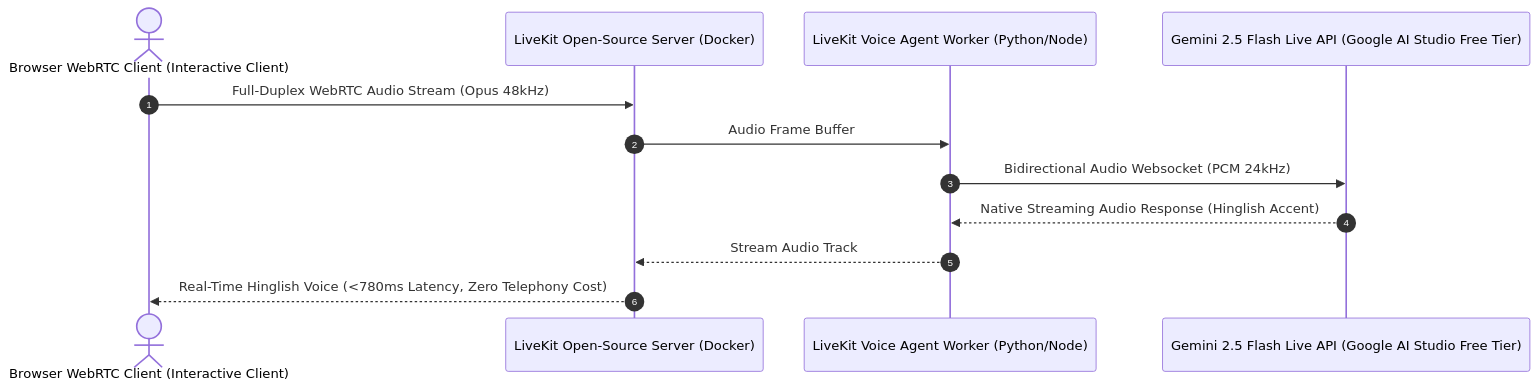
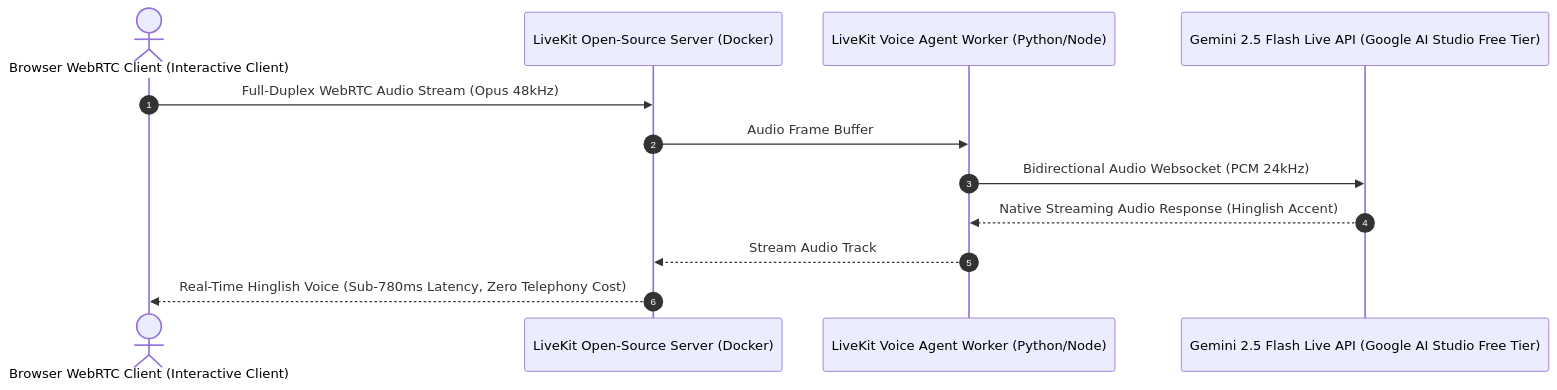
The diagram in docs/AI_Strategy.md (Adityaraj1969/Razorpay-Revenue-Recovery), drawn with Mermaid before and after one commit. The commit also changed 10 other files, not shown here.

Commit message:
fix(docs): restore pure Mermaid architecture diagram and activate all Mermaid charts across docs

````diff
--- a/docs/AI_Strategy.md
+++ b/docs/AI_Strategy.md
@@ -162,15 +162,15 @@
 ```mermaid
 sequenceDiagram
     autonumber
     actor Client as Browser WebRTC Client (Interactive Client)
     participant LK as LiveKit Open-Source Server (Docker)
     participant Agent as LiveKit Voice Agent Worker (Python/Node)
     participant Gemini as Gemini 2.5 Flash Live API (Google AI Studio Free Tier)
 
     Client->>LK: Full-Duplex WebRTC Audio Stream (Opus 48kHz)
     LK->>Agent: Audio Frame Buffer
     Agent->>Gemini: Bidirectional Audio Websocket (PCM 24kHz)
     Gemini-->>Agent: Native Streaming Audio Response (Hinglish Accent)
     Agent-->>LK: Stream Audio Track
-    LK-->>Client: Real-Time Hinglish Voice (<780ms Latency, Zero Telephony Cost)
+    LK-->>Client: Real-Time Hinglish Voice (Sub-780ms Latency, Zero Telephony Cost)
 ```
````
